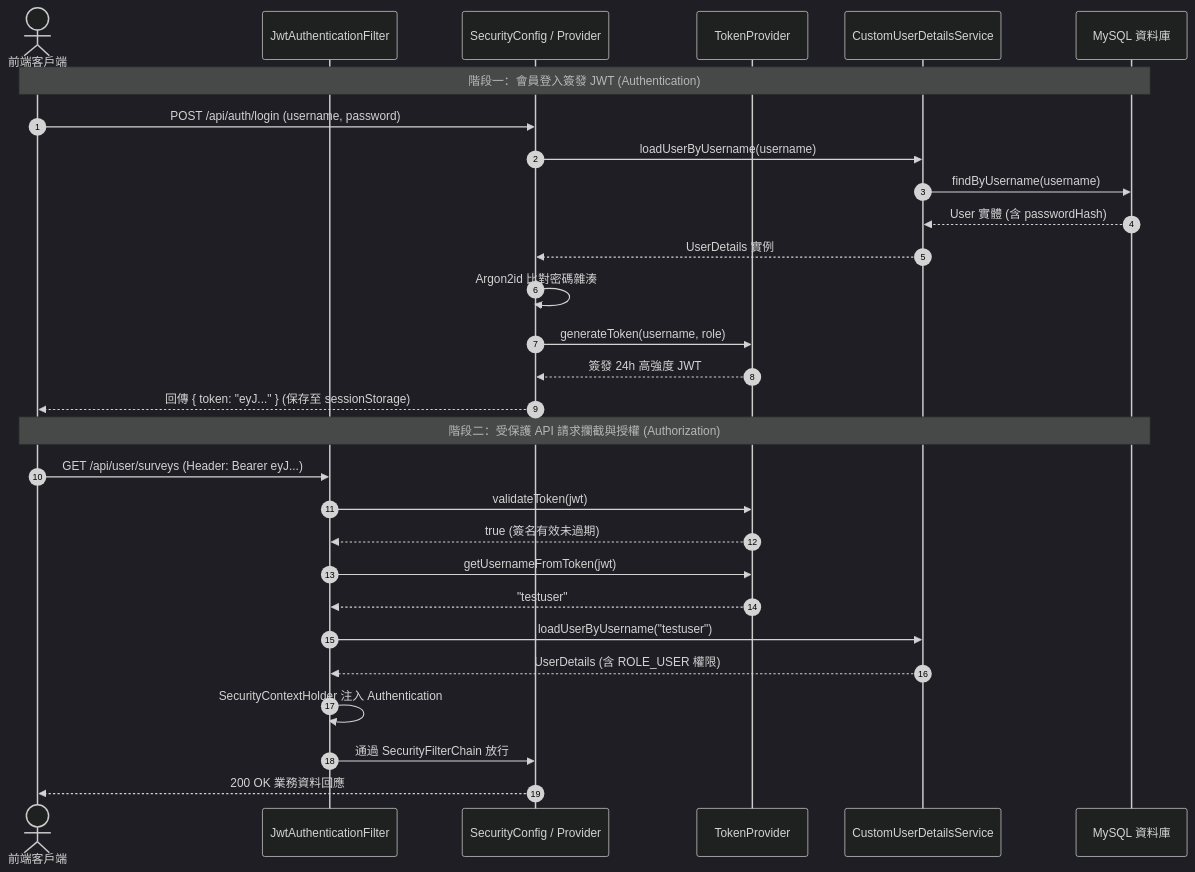
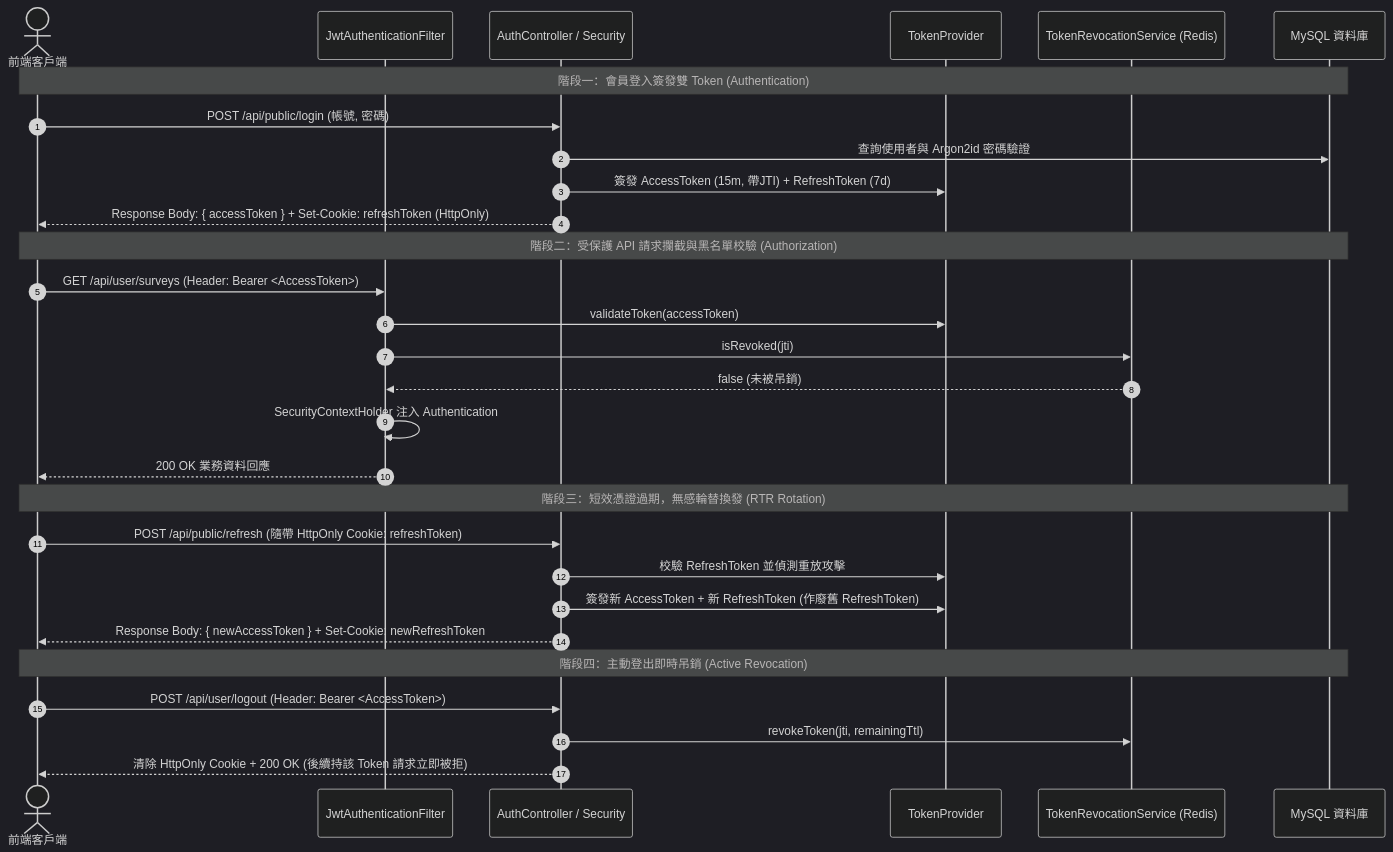
The second of 2 diagrams in docs/system-design/09-security.md (EricXJason/survey-flow), drawn with Mermaid before and after one commit. The commit also changed other lines of this file and 1 other file, not shown here.

Commit message:
fix: adopt zero-trust dual token, relax mapper/crud ordering, and fortify master release pipeline

````diff
--- a/docs/system-design/09-security.md
+++ b/docs/system-design/09-security.md
@@ -65,34 +71,36 @@
 ```mermaid
 %%{init: {'theme': 'dark', 'themeVariables': { 'darkMode': true, 'background': '#030712', 'primaryColor': '#0b0f19', 'primaryTextColor': '#f8fafc', 'primaryBorderColor': '#00f0ff', 'lineColor': '#00f0ff', 'edgeLabelBackground': 'transparent' }}}%%
 sequenceDiagram
     autonumber
     actor Client as 前端客戶端
     participant Filter as JwtAuthenticationFilter
-    participant Security as SecurityConfig / Provider
+    participant Auth as AuthController / Security
     participant Token as TokenProvider
-    participant UserDS as CustomUserDetailsService
+    participant Revoke as TokenRevocationService (Redis)
     participant DB as MySQL 資料庫
 
-    Note over Client, DB: 階段一：會員登入簽發 JWT (Authentication)
-    Client->>Security: POST /api/auth/login (username, password)
-    Security->>UserDS: loadUserByUsername(username)
-    UserDS->>DB: findByUsername(username)
-    DB-->>UserDS: User 實體 (含 passwordHash)
-    UserDS-->>Security: UserDetails 實例
-    Security->>Security: Argon2id 比對密碼雜湊
-    Security->>Token: generateToken(username, role)
-    Token-->>Security: 簽發 24h 高強度 JWT
-    Security-->>Client: 回傳 { token: "eyJ..." } (保存至 sessionStorage)
+    Note over Client, DB: 階段一：會員登入簽發雙 Token (Authentication)
+    Client->>Auth: POST /api/public/login (帳號, 密碼)
+    Auth->>DB: 查詢使用者與 Argon2id 密碼驗證
+    Auth->>Token: 簽發 AccessToken (15m, 帶JTI) + RefreshToken (7d)
+    Auth-->>Client: Response Body: { accessToken } + Set-Cookie: refreshToken (HttpOnly)
 
-    Note over Client, DB: 階段二：受保護 API 請求攔截與授權 (Authorization)
-    Client->>Filter: GET /api/user/surveys (Header: Bearer eyJ...)
-    Filter->>Token: validateToken(jwt)
-    Token-->>Filter: true (簽名有效未過期)
-    Filter->>Token: getUsernameFromToken(jwt)
-    Token-->>Filter: "testuser"
-    Filter->>UserDS: loadUserByUsername("testuser")
-    UserDS-->>Filter: UserDetails (含 ROLE_USER 權限)
+    Note over Client, DB: 階段二：受保護 API 請求攔截與黑名單校驗 (Authorization)
+    Client->>Filter: GET /api/user/surveys (Header: Bearer <AccessToken>)
+    Filter->>Token: validateToken(accessToken)
+    Filter->>Revoke: isRevoked(jti)
+    Revoke-->>Filter: false (未被吊銷)
     Filter->>Filter: SecurityContextHolder 注入 Authentication
-    Filter->>Security: 通過 SecurityFilterChain 放行
-    Security-->>Client: 200 OK 業務資料回應
+    Filter-->>Client: 200 OK 業務資料回應
+
+    Note over Client, DB: 階段三：短效憑證過期，無感輪替換發 (RTR Rotation)
+    Client->>Auth: POST /api/public/refresh (隨帶 HttpOnly Cookie: refreshToken)
+    Auth->>Token: 校驗 RefreshToken 並偵測重放攻擊
+    Auth->>Token: 簽發新 AccessToken + 新 RefreshToken (作廢舊 RefreshToken)
+    Auth-->>Client: Response Body: { newAccessToken } + Set-Cookie: newRefreshToken
+
+    Note over Client, DB: 階段四：主動登出即時吊銷 (Active Revocation)
+    Client->>Auth: POST /api/user/logout (Header: Bearer <AccessToken>)
+    Auth->>Revoke: revokeToken(jti, remainingTtl)
+    Auth-->>Client: 清除 HttpOnly Cookie + 200 OK (後續持該 Token 請求立即被拒)
 ```
````
